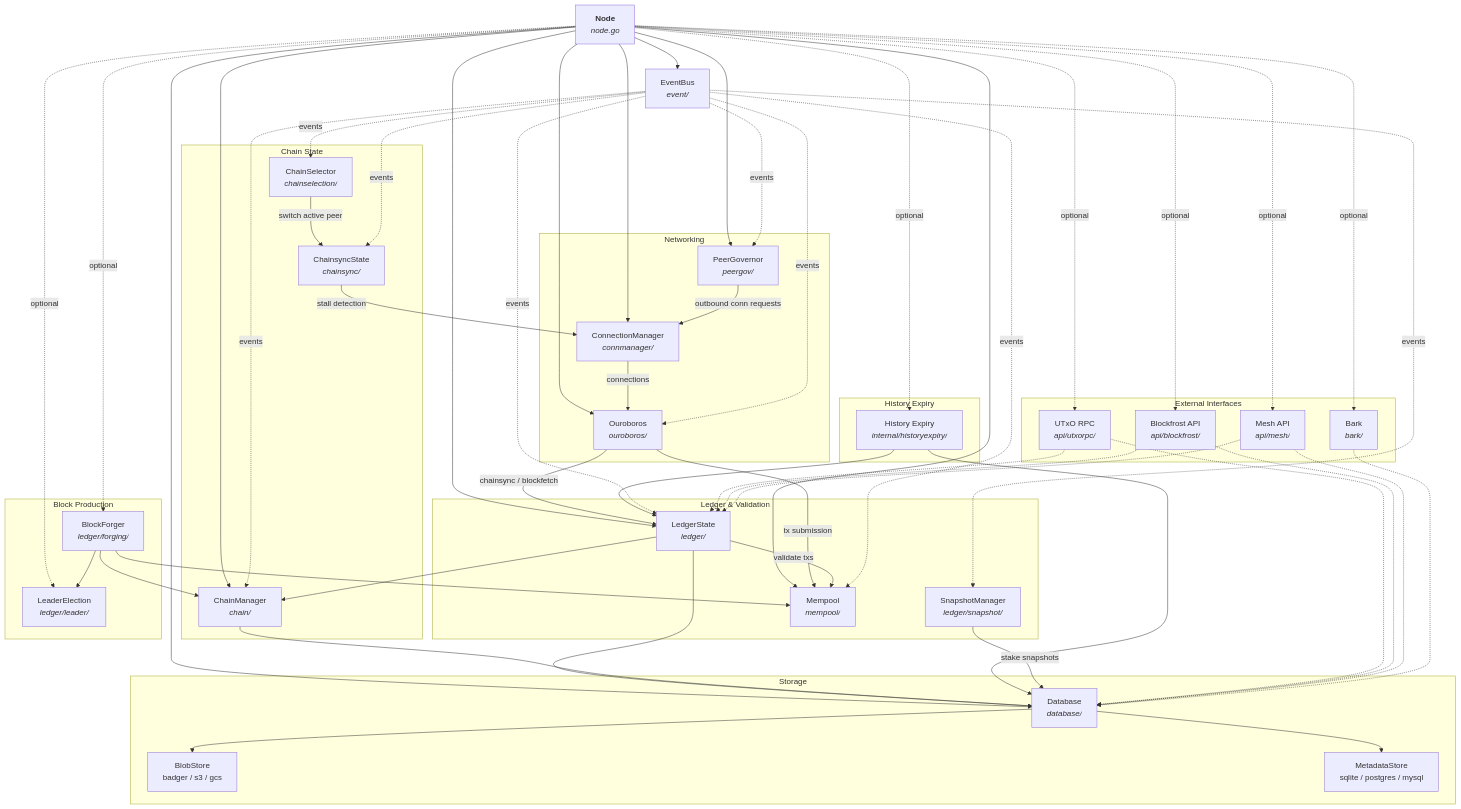
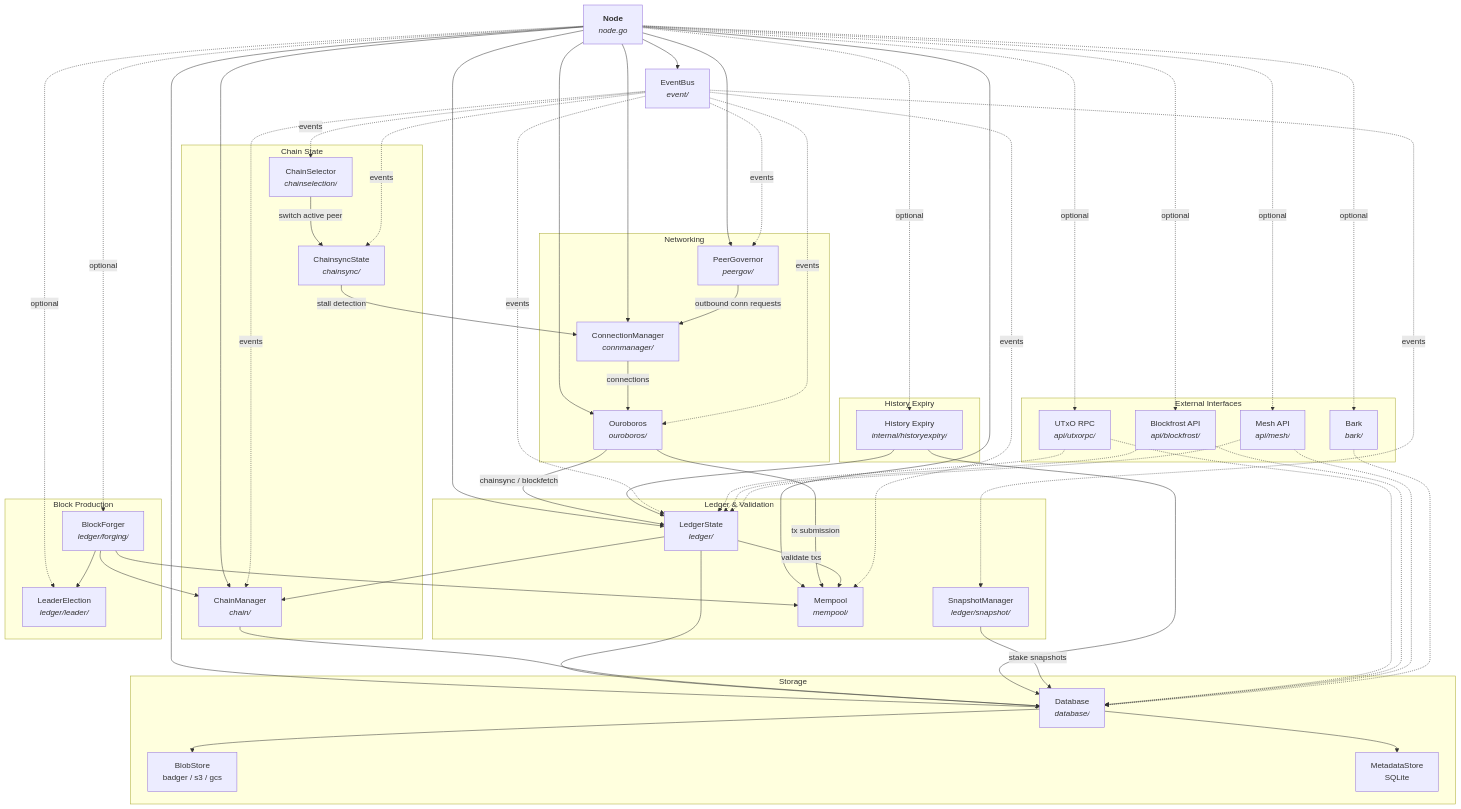
One commit to blinklabs-io/dingo changed the first of 5 diagrams in ARCHITECTURE.md. Above: the diagram before and after it, drawn with Mermaid. The commit also changed other lines of this file and 394 other files, not shown here.

````diff
--- a/ARCHITECTURE.md
+++ b/ARCHITECTURE.md
@@ -89,67 +123,67 @@
 ```mermaid
 graph TB
     Node["<b>Node</b><br/><i>node.go</i>"]
 
     subgraph Networking
         CM["ConnectionManager<br/><i>connmanager/</i>"]
         PG["PeerGovernor<br/><i>peergov/</i>"]
         OB["Ouroboros<br/><i>ouroboros/</i>"]
     end
 
     subgraph "Chain State"
         ChM["ChainManager<br/><i>chain/</i>"]
         CS["ChainsyncState<br/><i>chainsync/</i>"]
         CSel["ChainSelector<br/><i>chainselection/</i>"]
     end
 
     subgraph "Ledger & Validation"
         LS["LedgerState<br/><i>ledger/</i>"]
         SM["SnapshotManager<br/><i>ledger/snapshot/</i>"]
         MP["Mempool<br/><i>mempool/</i>"]
     end
 
     subgraph "Block Production"
         BF["BlockForger<br/><i>ledger/forging/</i>"]
         LE["LeaderElection<br/><i>ledger/leader/</i>"]
     end
 
     subgraph Storage
         DB["Database<br/><i>database/</i>"]
         Blob["BlobStore<br/>badger / s3 / gcs"]
-        Meta["MetadataStore<br/>sqlite / postgres / mysql"]
+        Meta["MetadataStore<br/>SQLite"]
     end
 
     subgraph "External Interfaces"
         URPC["UTxO RPC<br/><i>api/utxorpc/</i>"]
         BFA["Blockfrost API<br/><i>api/blockfrost/</i>"]
         Mesh["Mesh API<br/><i>api/mesh/</i>"]
         Bark["Bark<br/><i>bark/</i>"]
     end
 
     subgraph "History Expiry"
         HExpiry["History Expiry<br/><i>internal/historyexpiry/</i>"]
     end
 
     EB["EventBus<br/><i>event/</i>"]
 
     Node --> CM & PG & OB & ChM & LS & MP & DB & EB
     Node -.->|"optional"| BF & LE & URPC & BFA & Mesh & Bark & HExpiry
 
     PG -->|"outbound conn requests"| CM
     CM -->|"connections"| OB
     OB -->|"chainsync / blockfetch"| LS
     OB -->|"tx submission"| MP
     LS --> ChM & DB
     LS -->|"validate txs"| MP
     ChM --> DB
     DB --> Blob & Meta
     HExpiry --> LS & DB
     BF --> LE & MP & ChM
     SM -->|"stake snapshots"| DB
     CSel -->|"switch active peer"| CS
     CS -->|"stall detection"| CM
 
     EB -.->|"events"| LS & ChM & CS & CSel & PG & SM & OB & MP
     URPC & BFA & Mesh -.-> LS & DB
     Bark -.-> DB
 ```
````
